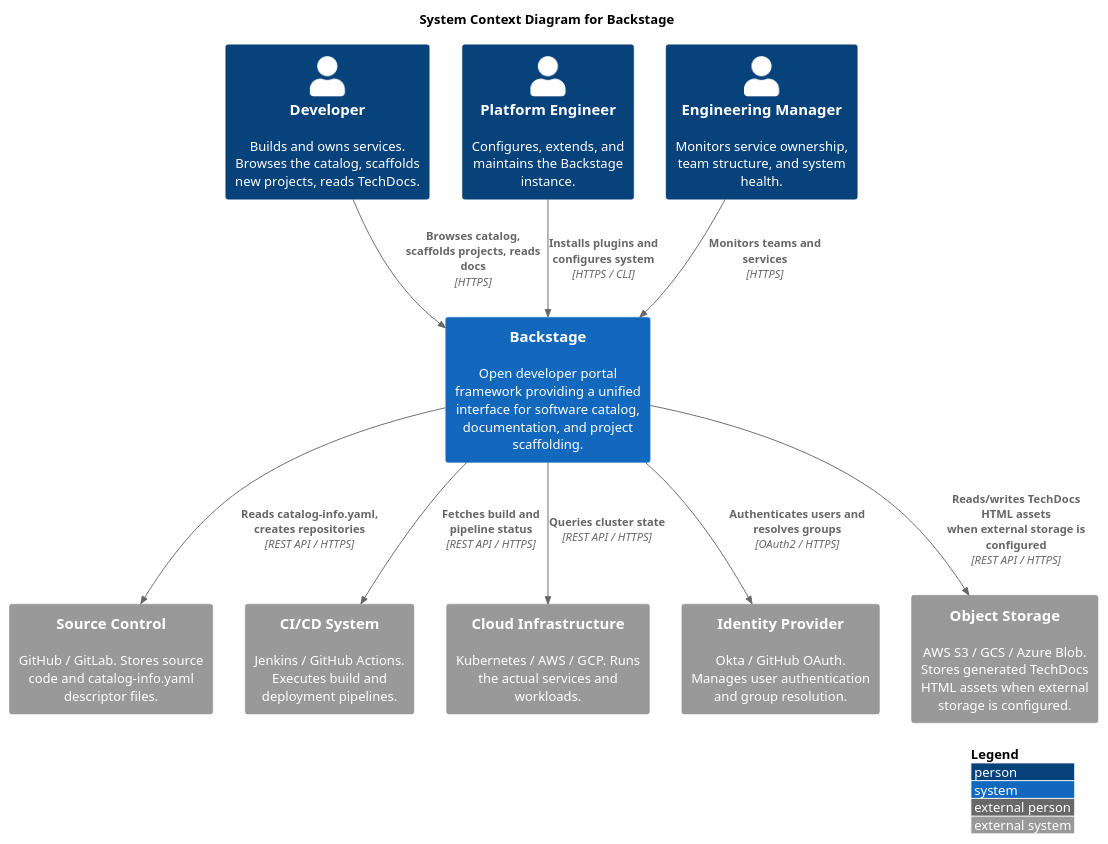
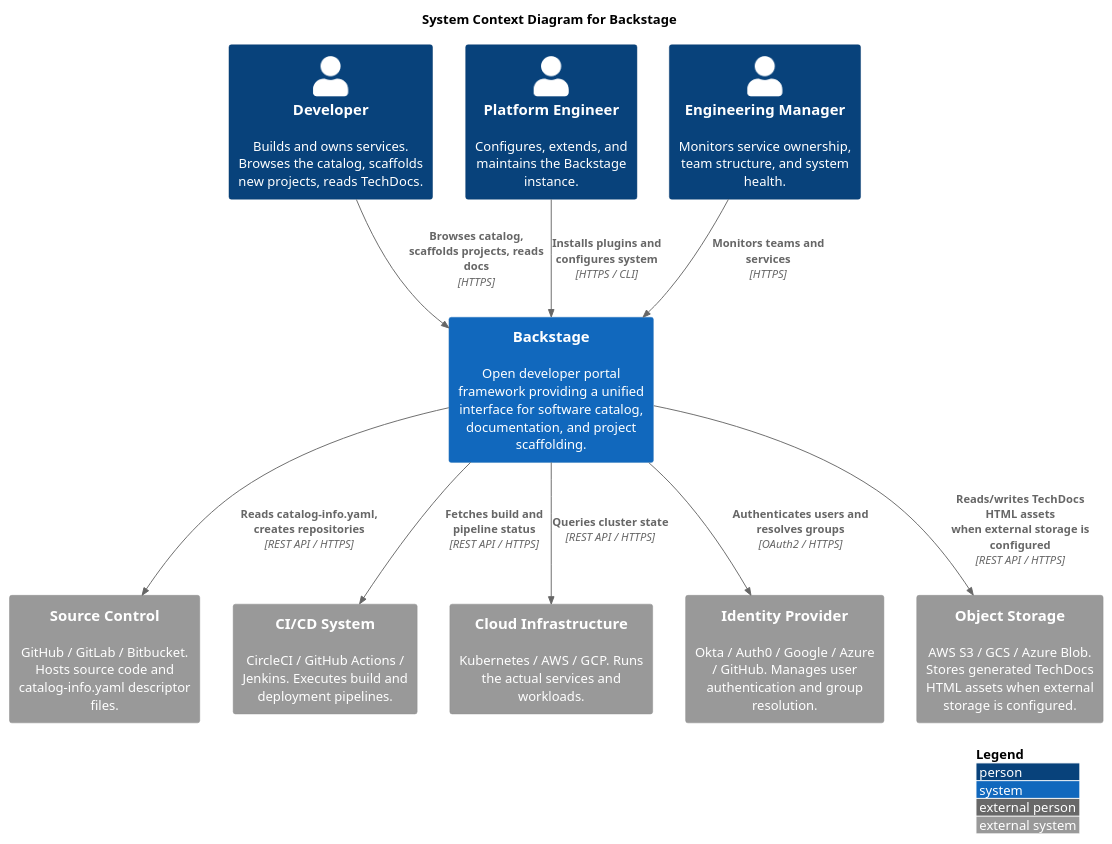
Before and after one commit to Group06-SwDA/Project: the diagram in notes/architecture/diagrams/context-diagram.puml, drawn with PlantUML.

Commit message:
feat: added more details for external systems of context diagram

```diff
--- a/notes/architecture/diagrams/context-diagram.puml
+++ b/notes/architecture/diagrams/context-diagram.puml
@@ -1,27 +1,27 @@
 @startuml
 !include <c4/C4_Context.puml>
 LAYOUT_WITH_LEGEND()
 title System Context Diagram for Backstage
 
 Person(developer, "Developer", "Builds and owns services. Browses the catalog, scaffolds new projects, reads TechDocs.")
 Person(platform_eng, "Platform Engineer", "Configures, extends, and maintains the Backstage instance.")
 Person(eng_manager, "Engineering Manager", "Monitors service ownership, team structure, and system health.")
 
 System(backstage, "Backstage", "Open developer portal framework providing a unified interface for software catalog, documentation, and project scaffolding.")
 
-System_Ext(source_control, "Source Control", "GitHub / GitLab. Stores source code and catalog-info.yaml descriptor files.")
-System_Ext(cicd, "CI/CD System", "Jenkins / GitHub Actions. Executes build and deployment pipelines.")
+System_Ext(source_control, "Source Control", "GitHub / GitLab / Bitbucket. Hosts source code and catalog-info.yaml descriptor files.")
+System_Ext(cicd, "CI/CD System", "CircleCI / GitHub Actions / Jenkins. Executes build and deployment pipelines.")
 System_Ext(cloud_infra, "Cloud Infrastructure", "Kubernetes / AWS / GCP. Runs the actual services and workloads.")
-System_Ext(idp, "Identity Provider", "Okta / GitHub OAuth. Manages user authentication and group resolution.")
+System_Ext(idp, "Identity Provider", "Okta / Auth0 / Google / Azure / GitHub. Manages user authentication and group resolution.")
 System_Ext(object_storage, "Object Storage", "AWS S3 / GCS / Azure Blob. Stores generated TechDocs HTML assets when external storage is configured.")
 
 Rel(developer, backstage, "Browses catalog, scaffolds projects, reads docs", "HTTPS")
 Rel(platform_eng, backstage, "Installs plugins and configures system", "HTTPS / CLI")
 Rel(eng_manager, backstage, "Monitors teams and services", "HTTPS")
 
 Rel(backstage, source_control, "Reads catalog-info.yaml, creates repositories", "REST API / HTTPS")
 Rel(backstage, cicd, "Fetches build and pipeline status", "REST API / HTTPS")
 Rel(backstage, cloud_infra, "Queries cluster state", "REST API / HTTPS")
 Rel(backstage, idp, "Authenticates users and resolves groups", "OAuth2 / HTTPS")
 Rel(backstage, object_storage, "Reads/writes TechDocs HTML assets\nwhen external storage is configured", "REST API / HTTPS")
 @enduml
```
